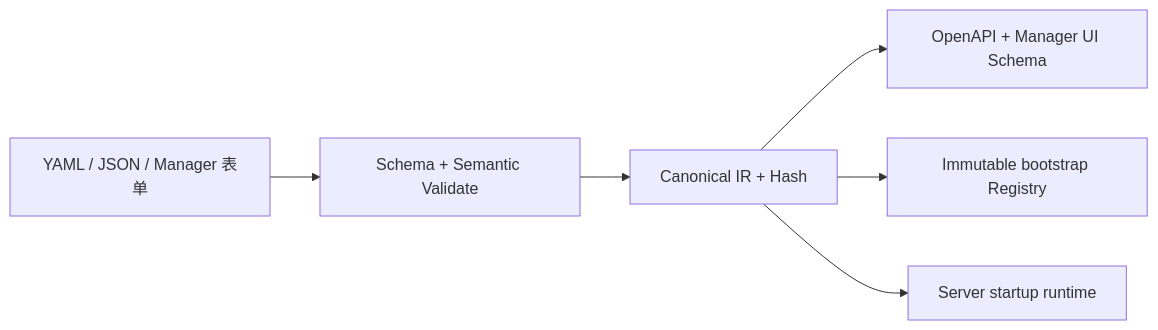
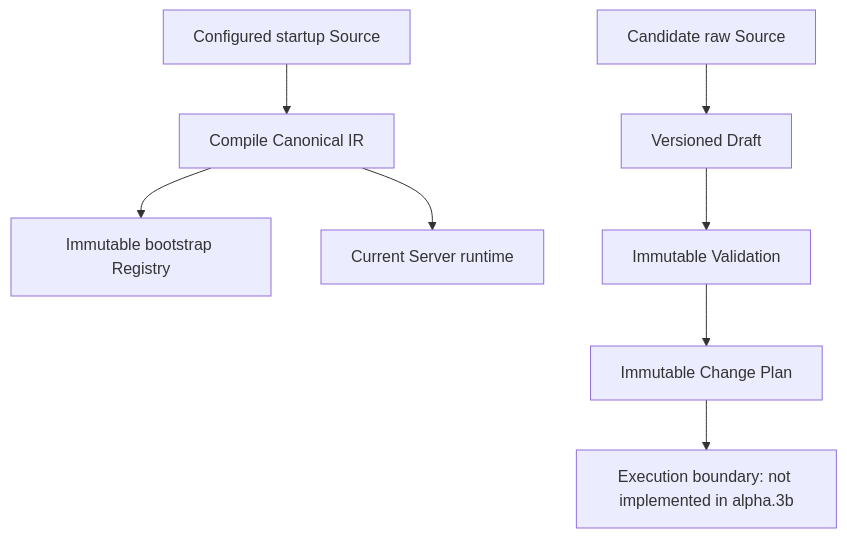
Before and after one commit to shezw/panvara: the second of 2 diagrams in docs/arch.md, drawn with Mermaid. The commit also changed other lines of this file and 55 other files, not shown here.

First line of the commit message:
feat: add draft validation and change planning

````diff
--- a/docs/arch.md
+++ b/docs/arch.md
@@ -81,14 +81,18 @@
 ```mermaid
-flowchart LR
-    Text["YAML / JSON / Manager 表单"]
-    Validate["Schema + Semantic Validate"]
-    IR["Canonical IR + Hash"]
-    Artifact["OpenAPI + Manager UI Schema"]
+flowchart TB
+    Startup["Configured startup Source"]
+    Compile["Compile Canonical IR"]
     Registry["Immutable bootstrap Registry"]
-    Runtime["Server startup runtime"]
+    Runtime["Current Server runtime"]
+    Candidate["Candidate raw Source"]
+    Draft["Versioned Draft"]
+    Validation["Immutable Validation"]
+    Plan["Immutable Change Plan"]
+    Boundary["Execution boundary: not implemented in alpha.3b"]
 
-    Text --> Validate --> IR
-    IR --> Artifact
-    IR --> Registry
-    IR --> Runtime
+    Startup --> Compile
+    Compile --> Registry
+    Compile --> Runtime
+    Candidate --> Draft --> Validation --> Plan
+    Plan --> Boundary
 ```
````
